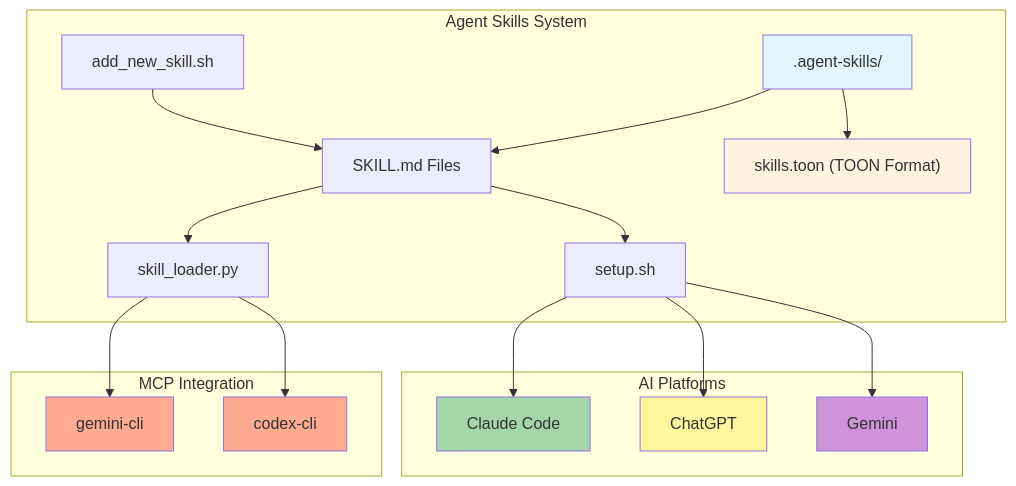
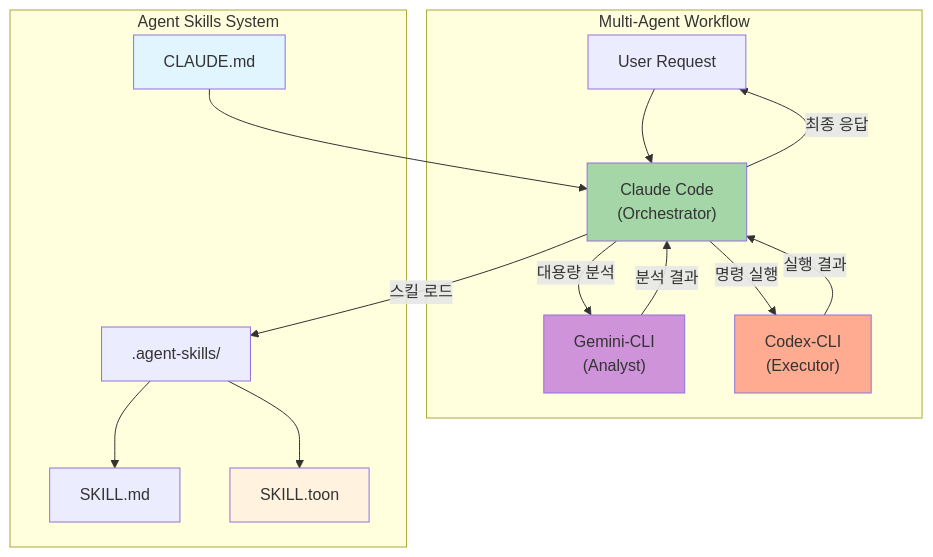
The first of 6 diagrams in README.md (supercent-io/skills-template), drawn with Mermaid before and after one commit. The commit also changed other lines of this file and 2 other files, not shown here.

First line of the commit message:
feat: Add Multi-Agent workflow orchestration system

````diff
--- a/README.md
+++ b/README.md
@@ -13,42 +13,34 @@
 ```mermaid
 graph TB
+    subgraph "Multi-Agent Workflow"
+        U["User Request"]
+        CC["Claude Code<br/>(Orchestrator)"]
+        GC["Gemini-CLI<br/>(Analyst)"]
+        CX["Codex-CLI<br/>(Executor)"]
+    end
+
     subgraph "Agent Skills System"
         AS[".agent-skills/"]
-        SK["SKILL.md Files"]
-        TN["skills.toon (TOON Format)"]
-        SL["skill_loader.py"]
-        SS["setup.sh"]
-        ANS["add_new_skill.sh"]
+        SK["SKILL.md"]
+        TN["SKILL.toon"]
+        CM["CLAUDE.md"]
     end
 
-    subgraph "AI Platforms"
-        CL["Claude Code"]
-        GP["ChatGPT"]
-        GM["Gemini"]
-    end
-
-    subgraph "MCP Integration"
-        GC["gemini-cli"]
-        CC["codex-cli"]
-    end
-
+    U --> CC
+    CC --> |"스킬 로드"| AS
+    CC --> |"대용량 분석"| GC
+    CC --> |"명령 실행"| CX
     AS --> SK
     AS --> TN
-    SK --> SL
-    SK --> SS
-    ANS --> SK
+    CM --> CC
 
-    SS --> CL
-    SS --> GP
-    SS --> GM
-    SL --> GC
-    SL --> CC
+    GC --> |"분석 결과"| CC
+    CX --> |"실행 결과"| CC
+    CC --> |"최종 응답"| U
 
-    style AS fill:#e1f5fe
+    style CC fill:#a5d6a7
+    style GC fill:#ce93d8
+    style CX fill:#ffab91
+    style CM fill:#e1f5fe
     style TN fill:#fff3e0
-    style CL fill:#a5d6a7
-    style GP fill:#fff59d
-    style GM fill:#ce93d8
-    style GC fill:#ffab91
-    style CC fill:#ffab91
 ```
````
